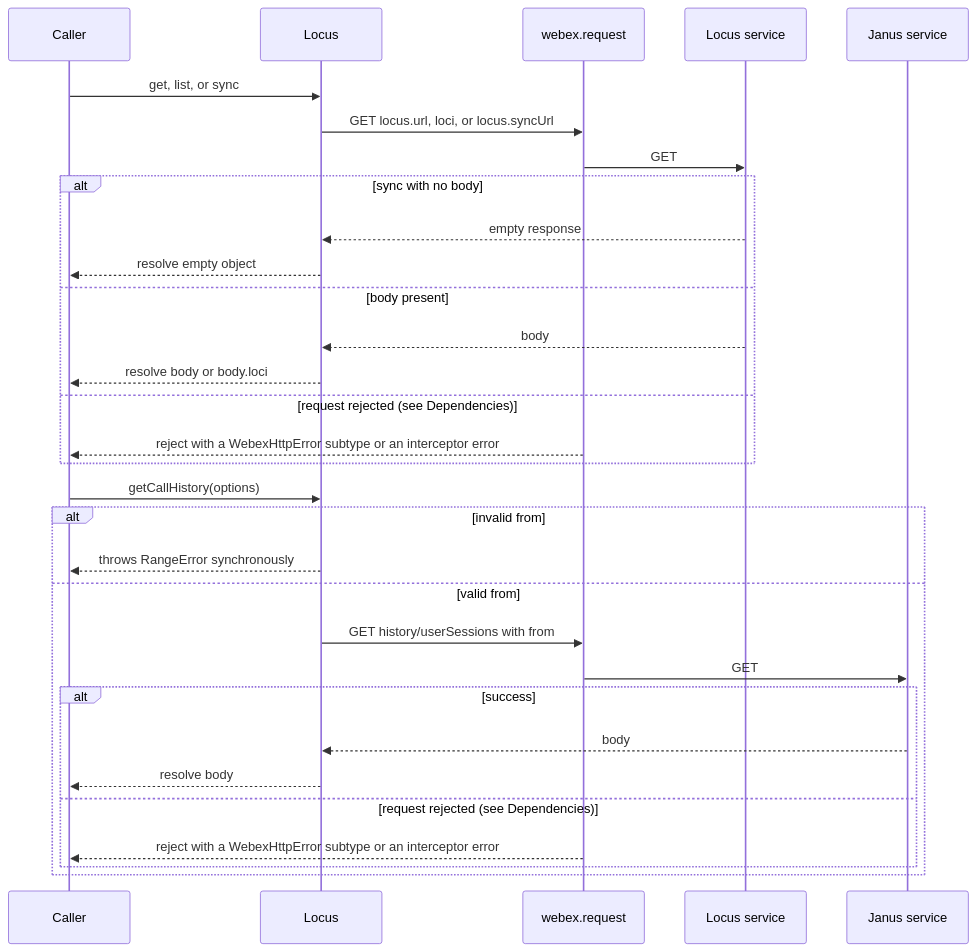
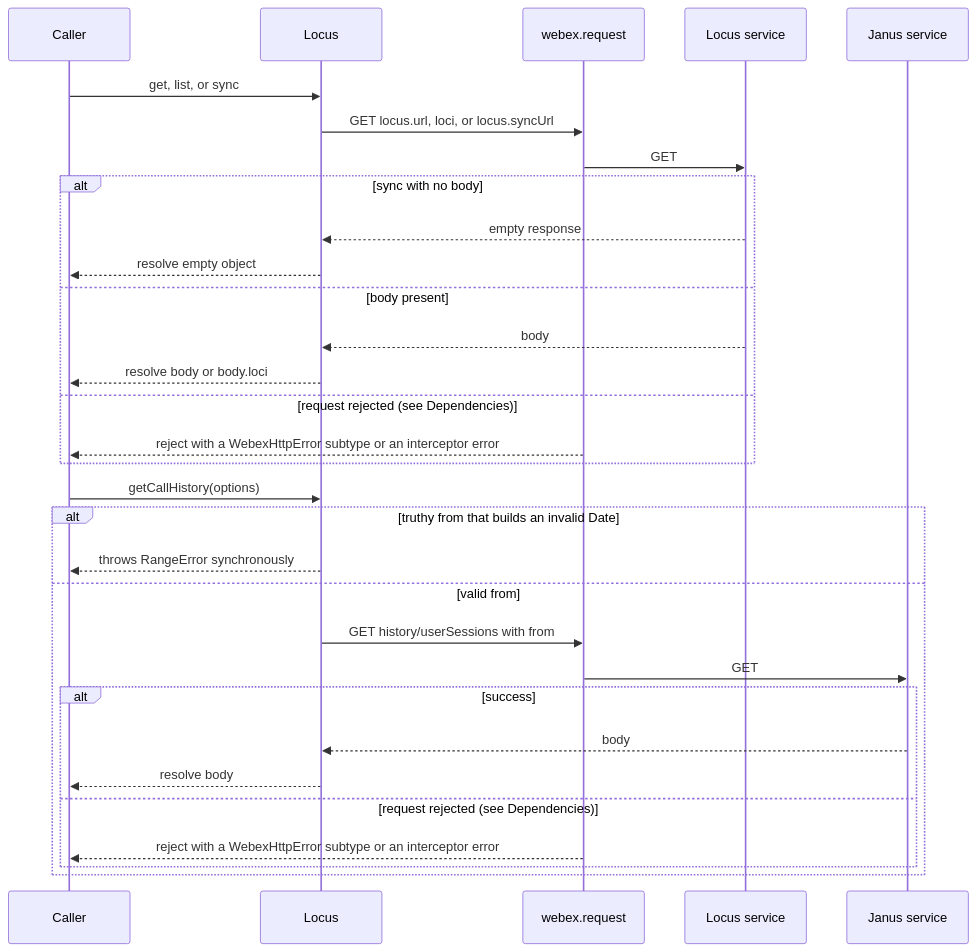
Before and after one commit to webex/webex-js-sdk: the third of 5 diagrams in packages/@webex/internal-plugin-locus/src/docs/README.md, drawn with Mermaid. The commit also changed other lines of this file and 5 other files, not shown here.

````diff
--- a/packages/@webex/internal-plugin-locus/src/docs/README.md
+++ b/packages/@webex/internal-plugin-locus/src/docs/README.md
@@ -261,33 +261,33 @@
 ```mermaid
 sequenceDiagram
   participant Caller
   participant Locus
   participant Request as webex.request
   participant LocusSvc as Locus service
   participant Janus as Janus service
   Caller->>Locus: get, list, or sync
   Locus->>Request: GET locus.url, loci, or locus.syncUrl
   Request->>LocusSvc: GET
   alt sync with no body
     LocusSvc-->>Locus: empty response
     Locus-->>Caller: resolve empty object
   else body present
     LocusSvc-->>Locus: body
     Locus-->>Caller: resolve body or body.loci
   else request rejected (see Dependencies)
     Request-->>Caller: reject with a WebexHttpError subtype or an interceptor error
   end
   Caller->>Locus: getCallHistory(options)
-  alt invalid from
+  alt truthy from that builds an invalid Date
     Locus-->>Caller: throws RangeError synchronously
   else valid from
     Locus->>Request: GET history/userSessions with from
     Request->>Janus: GET
     alt success
       Janus-->>Locus: body
       Locus-->>Caller: resolve body
     else request rejected (see Dependencies)
       Request-->>Caller: reject with a WebexHttpError subtype or an interceptor error
     end
   end
 ```
````
